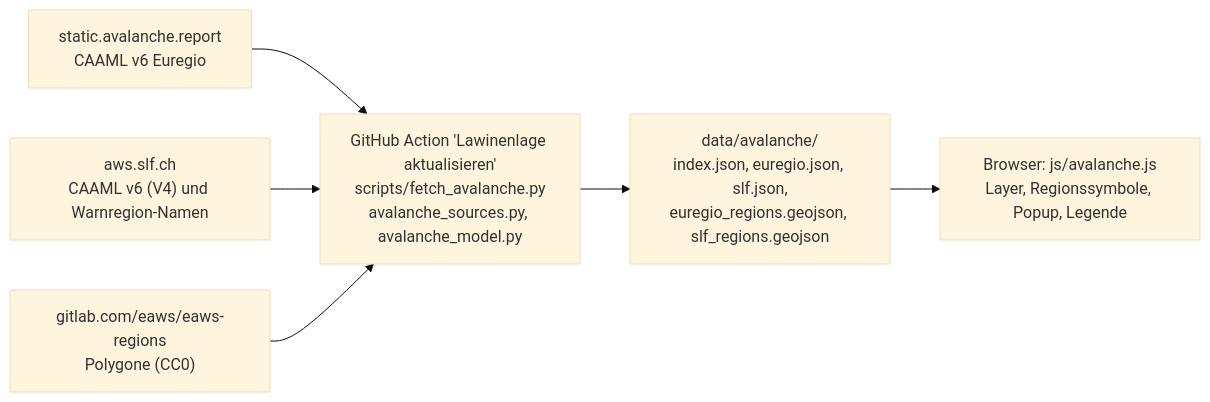
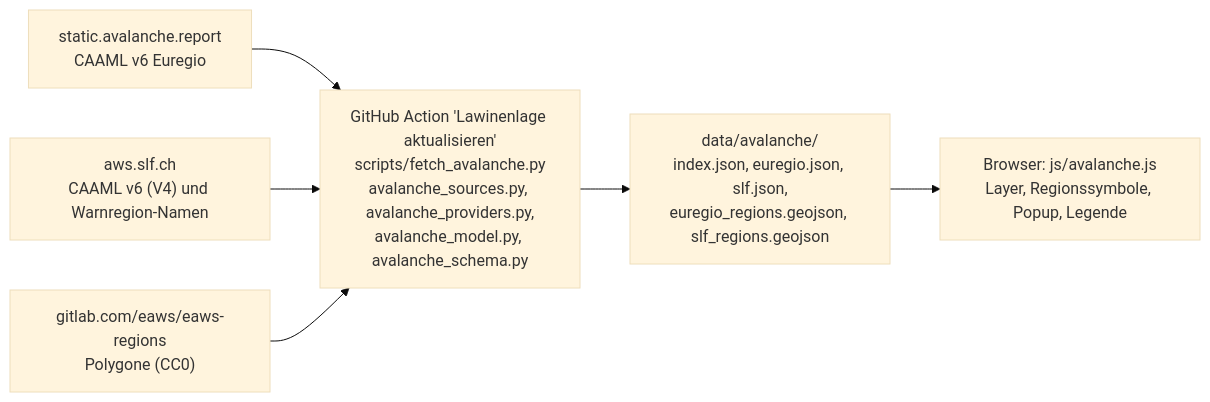
One commit to purple-lettuce/Bergbedingungen changed the diagram in docs/LAWINENLAGE_ANALYSE.md. Above: the diagram before and after it, drawn with Mermaid (base theme). The commit also changed other lines of this file and 30 other files, not shown here.

````diff
--- a/docs/LAWINENLAGE_ANALYSE.md
+++ b/docs/LAWINENLAGE_ANALYSE.md
@@ -270,8 +272,8 @@
 ```mermaid
 flowchart LR
   A["static.avalanche.report<br/>CAAML v6 Euregio"] --> P
   B["aws.slf.ch<br/>CAAML v6 (V4) und Warnregion-Namen"] --> P
   C["gitlab.com/eaws/eaws-regions<br/>Polygone (CC0)"] --> P
-  P["GitHub Action 'Lawinenlage aktualisieren'<br/>scripts/fetch_avalanche.py<br/>avalanche_sources.py, avalanche_model.py"] --> D["data/avalanche/<br/>index.json, euregio.json, slf.json,<br/>euregio_regions.geojson, slf_regions.geojson"]
+  P["GitHub Action 'Lawinenlage aktualisieren'<br/>scripts/fetch_avalanche.py<br/>avalanche_sources.py, avalanche_providers.py,<br/>avalanche_model.py, avalanche_schema.py"] --> D["data/avalanche/<br/>index.json, euregio.json, slf.json,<br/>euregio_regions.geojson, slf_regions.geojson"]
   D --> F["Browser: js/avalanche.js<br/>Layer, Regionssymbole, Popup, Legende"]
 ```
````
